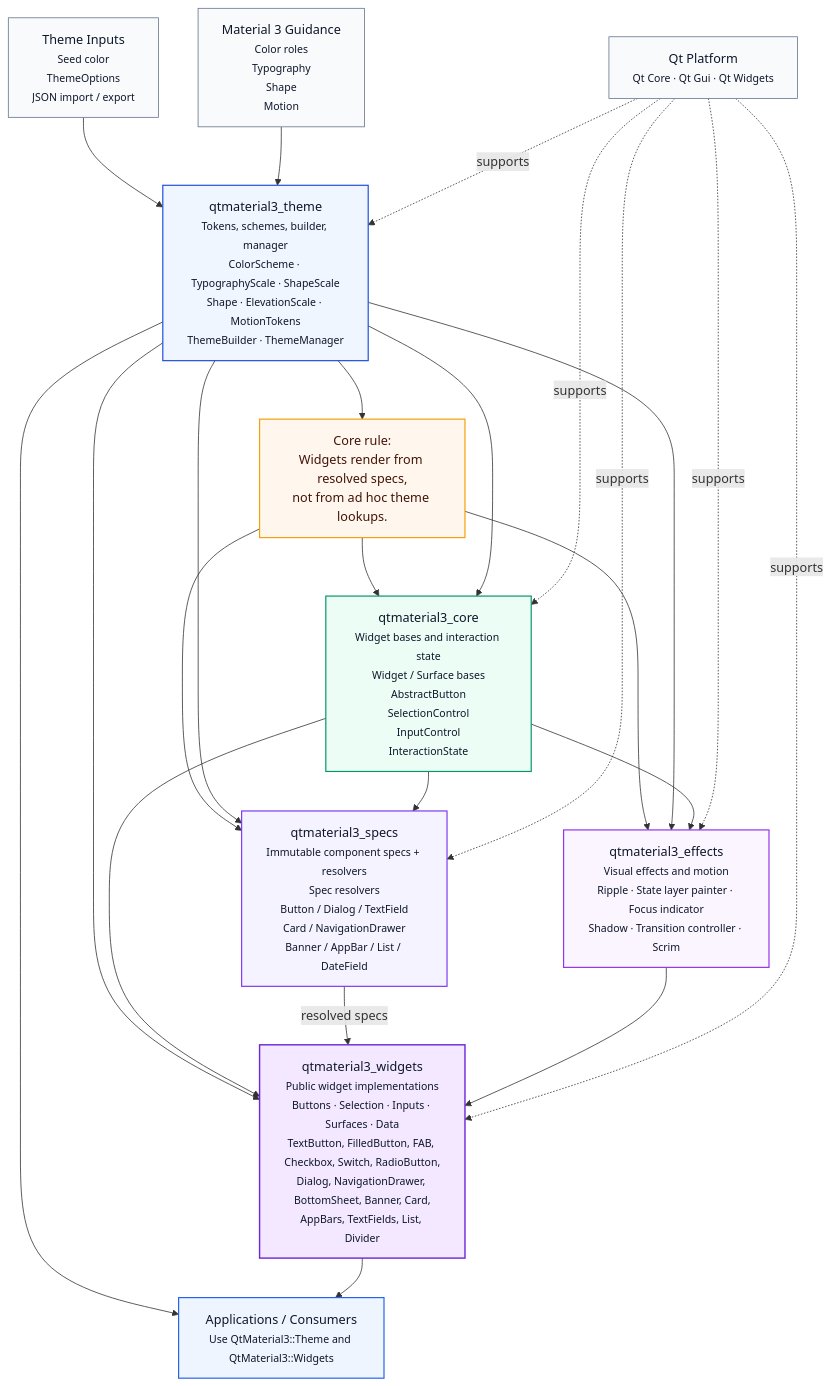
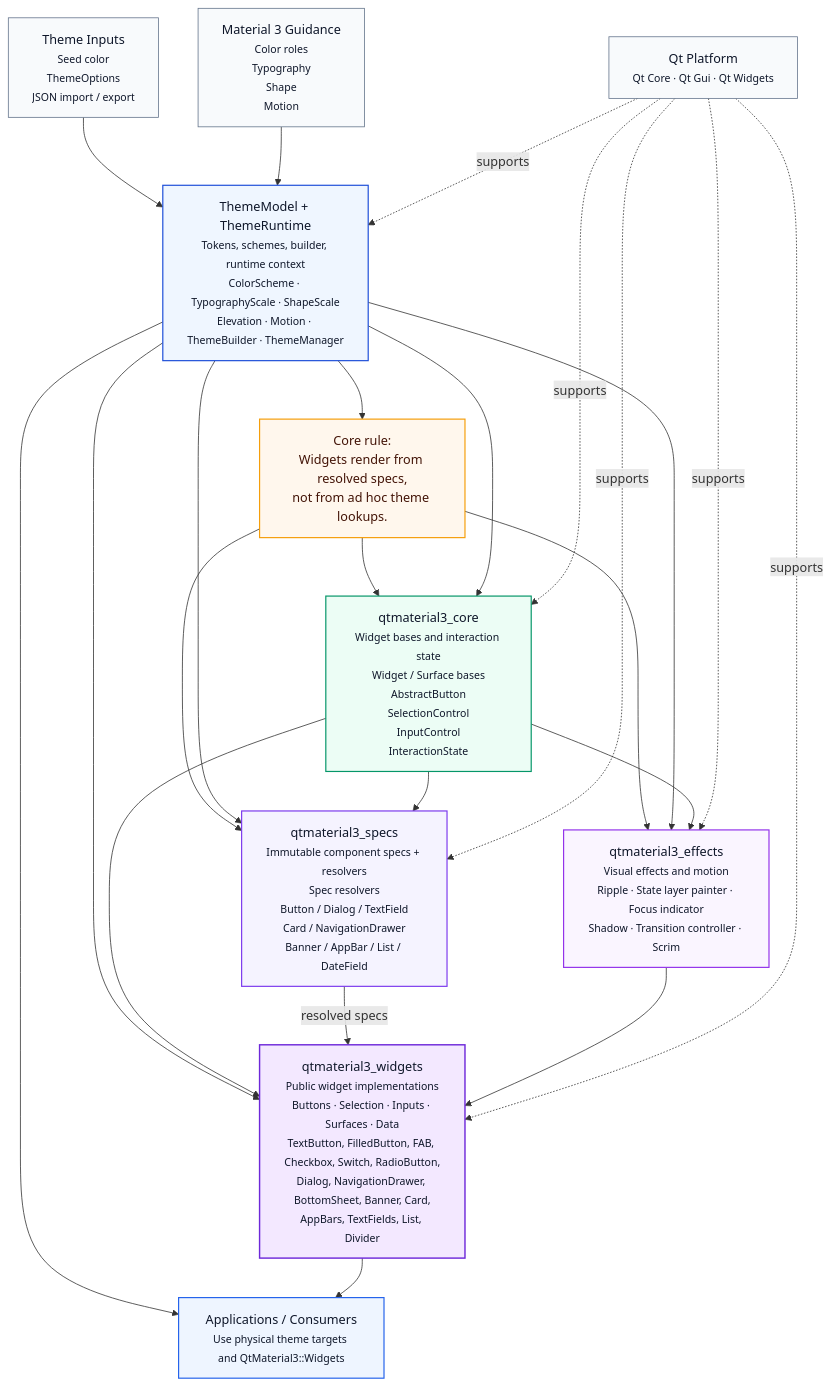
The first of 2 diagrams in docs/architecture/01-overview.md (faudard/qt-material3-widget), drawn with Mermaid before and after one commit.

Commit message:
docs: describe physical theme architecture

````diff
--- a/docs/architecture/01-overview.md
+++ b/docs/architecture/01-overview.md
@@ -11,68 +11,68 @@
 ```mermaid
 flowchart TB
-    app["Applications / Consumers<br/><small>Use QtMaterial3::Theme and QtMaterial3::Widgets</small>"]
+    app["Applications / Consumers<br/><small>Use physical theme targets and QtMaterial3::Widgets</small>"]
 
     inputs["Theme Inputs<br/><small>Seed color<br/>ThemeOptions<br/>JSON import / export</small>"]
     m3["Material 3 Guidance<br/><small>Color roles<br/>Typography<br/>Shape<br/>Motion</small>"]
 
-    theme["qtmaterial3_theme<br/><small>Tokens, schemes, builder, manager<br/>ColorScheme · TypographyScale · ShapeScale<br/>Shape · ElevationScale · MotionTokens<br/>ThemeBuilder · ThemeManager</small>"]
+    theme["ThemeModel + ThemeRuntime<br/><small>Tokens, schemes, builder, runtime context<br/>ColorScheme · TypographyScale · ShapeScale<br/>Elevation · Motion · ThemeBuilder · ThemeManager</small>"]
 
     rule["Core rule:<br/>Widgets render from resolved specs,<br/>not from ad hoc theme lookups."]
 
     core["qtmaterial3_core<br/><small>Widget bases and interaction state<br/>Widget / Surface bases<br/>AbstractButton<br/>SelectionControl<br/>InputControl<br/>InteractionState</small>"]
 
     specs["qtmaterial3_specs<br/><small>Immutable component specs + resolvers<br/>Spec resolvers<br/>Button / Dialog / TextField<br/>Card / NavigationDrawer<br/>Banner / AppBar / List / DateField</small>"]
 
     effects["qtmaterial3_effects<br/><small>Visual effects and motion<br/>Ripple · State layer painter · Focus indicator<br/>Shadow · Transition controller · Scrim</small>"]
 
     widgets["qtmaterial3_widgets<br/><small>Public widget implementations<br/>Buttons · Selection · Inputs · Surfaces · Data<br/>TextButton, FilledButton, FAB, Checkbox, Switch, RadioButton,<br/>Dialog, NavigationDrawer, BottomSheet, Banner, Card,<br/>AppBars, TextFields, List, Divider</small>"]
 
     qt["Qt Platform<br/><small>Qt Core · Qt Gui · Qt Widgets</small>"]
 
     inputs --> theme
     m3 --> theme
 
     theme --> app
     widgets --> app
 
     theme --> rule
     rule --> core
     rule --> specs
     rule --> effects
 
     theme --> core
     theme --> specs
     theme --> effects
     theme --> widgets
 
     core --> specs
     core --> effects
     core --> widgets
 
     specs -->|"resolved specs"| widgets
     effects --> widgets
 
     qt -. supports .-> theme
     qt -. supports .-> core
     qt -. supports .-> specs
     qt -. supports .-> effects
     qt -. supports .-> widgets
 
     classDef consumer fill:#eef5ff,stroke:#2563eb,stroke-width:1.5px,color:#0f172a;
     classDef theme fill:#eff6ff,stroke:#1d4ed8,stroke-width:1.5px,color:#0f172a;
     classDef core fill:#ecfdf5,stroke:#059669,stroke-width:1.5px,color:#0f172a;
     classDef specs fill:#f5f3ff,stroke:#7c3aed,stroke-width:1.5px,color:#0f172a;
     classDef effects fill:#faf5ff,stroke:#9333ea,stroke-width:1.5px,color:#0f172a;
     classDef widgets fill:#f3e8ff,stroke:#6d28d9,stroke-width:1.8px,color:#0f172a;
     classDef support fill:#f8fafc,stroke:#64748b,stroke-width:1px,color:#0f172a;
     classDef note fill:#fff7ed,stroke:#f59e0b,stroke-width:1.5px,color:#431407;
 
     class app consumer;
     class inputs,m3,qt support;
     class theme theme;
     class core core;
     class specs specs;
     class effects effects;
     class widgets widgets;
     class rule note;
 ```
````
